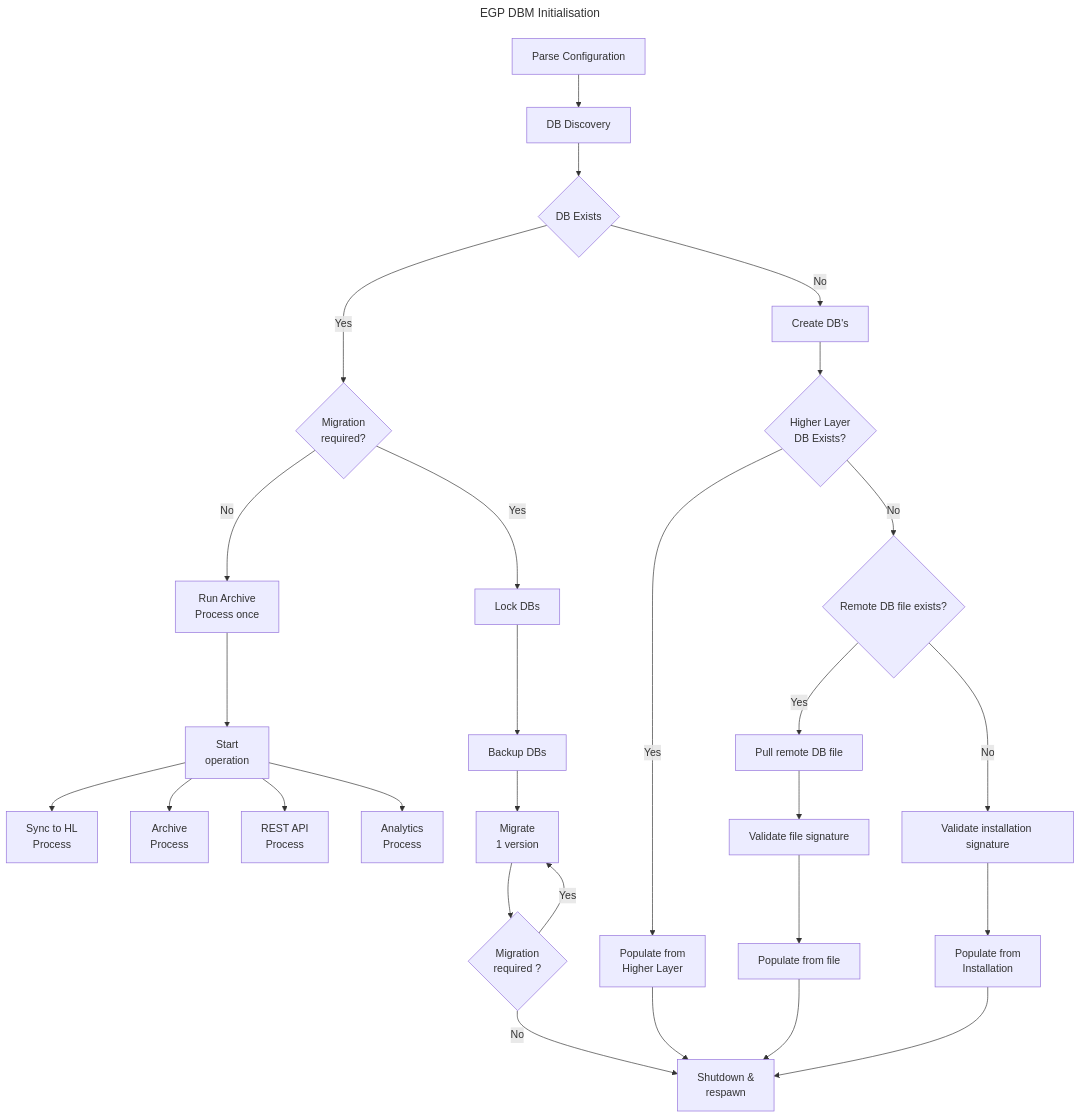
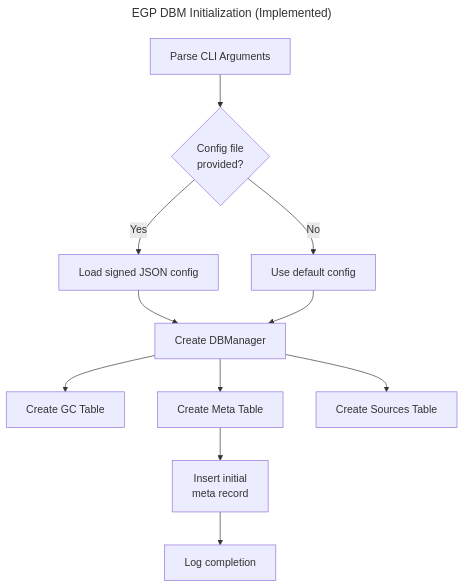
Before and after one commit to Shapedsundew9/erasmus-gp: the second of 3 diagrams in egpdbmgr/docs/sw_architecture.md, drawn with Mermaid. The commit also changed other lines of this file and 7 other files, not shown here.

First line of the commit message:
Refactor EGP DB Manager Documentation and Configuration

````diff
--- a/egpdbmgr/docs/sw_architecture.md
+++ b/egpdbmgr/docs/sw_architecture.md
@@ -36,73 +68,29 @@
 ```mermaid
 ---
-title: EGP DBM Initialisation
+title: EGP DBM Initialization (Implemented)
 ---
 flowchart TD
-    init1[Parse Configuration]
-    init2[DB Discovery]
-    init3{DB Exists}
-    crt1[Create DB's]
-    crt2{Higher Layer
-        DB Exists?}
-    crt3[Populate from
-        Higher Layer]
-    crt4{Remote DB file exists?}
-    crt5[Pull remote DB file]
-    crt6[Validate file signature]
-    crt7[Populate from file]
-    crt8[Validate installation signature]
-    crt9[Populate from
-        Installation]
-    init4{Migration
-        required?}
-    init5[Run Archive
-        Process once]
-    init6[Lock DBs]
-    init7[Backup DBs]
-    init8[Migrate
-        1 version]
-    init9{Migration
-        required ?}
-    init10[Start
-        operation]
-    end1[Shutdown &
-        respawn]
-    st1[Sync to HL
-        Process]
-    st2[Archive
-        Process]
-    st3[REST API
-        Process]
-    st4[Analytics
-        Process]
+    init1[Parse CLI Arguments]
+    init2{Config file
+        provided?}
+    init3[Load signed JSON config]
+    init4[Use default config]
+    init5[Create DBManager]
+    init6[Create GC Table]
+    init7[Create Meta Table]
+    init8[Create Sources Table]
+    init9[Insert initial
+        meta record]
+    init10[Log completion]
 
     init1 --> init2
-    init2 --> init3
-    init3 --> |Yes|init4
-    init3 --> |No|crt1
-    init4 --> |No|init5
-    init5 --> init10
-    init4 --> |Yes|init6
-    init6 --> init7
-    init7 --> init8
-    init8 --> init9
-    init9 --> |Yes|init8
-    init9 --> |No|end1
-    init10 --> st1
-    init10 --> st2
-    init10 --> st3
-    init10 --> st4
-
-    crt1 --> crt2
-    crt2 --> |Yes|crt3
-    crt2 --> |No|crt4
-    crt3 --> end1
-    crt4 --> |Yes|crt5
-    crt4 --> |No|crt8
-    crt5 --> crt6
-    crt6 --> crt7
-    crt7 --> end1
-    crt8 --> crt9
-    crt9 --> end1
-
+    init2 -->|Yes| init3
+    init2 -->|No| init4
+    init3 --> init5
+    init4 --> init5
+    init5 --> init6
+    init5 --> init7
+    init5 --> init8
+    init7 --> init9
+    init9 --> init10
 ```
````
